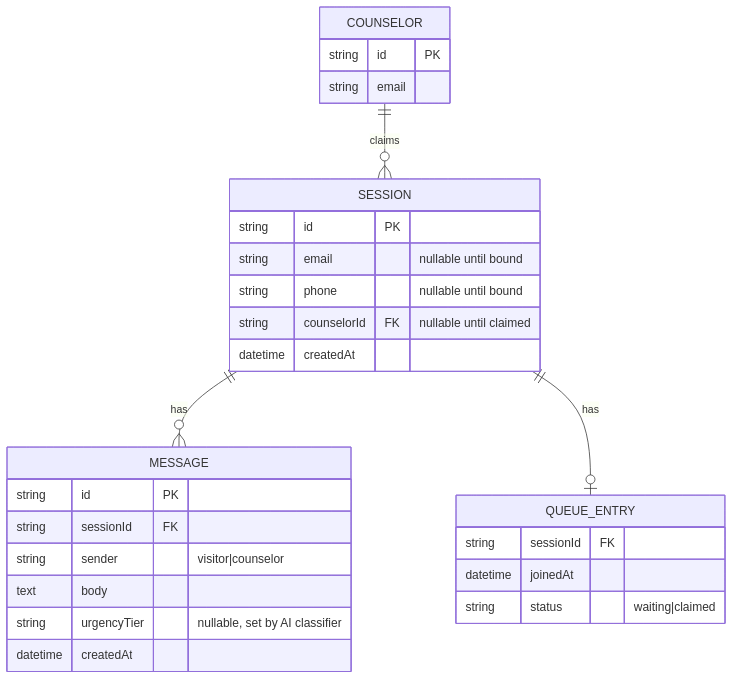
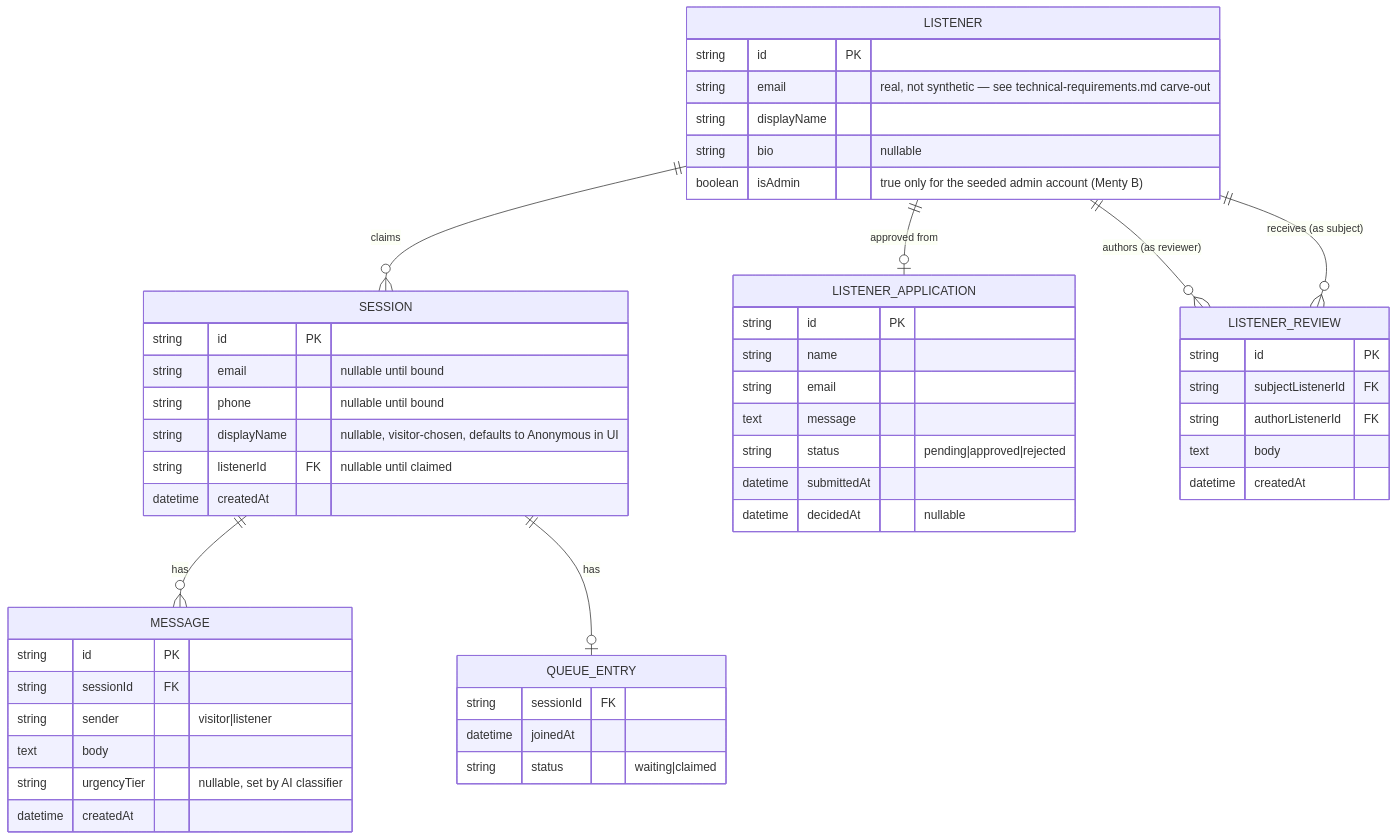
Before and after one commit to OliviaHelmuth/anchor-chat: the third of 4 diagrams in docs/architecture.md, drawn with Mermaid. The commit also changed other lines of this file and 10 other files, not shown here.

First line of the commit message:
Milestone 1 complete (T1.7) + counselor->Listener rebrand, Milestone 3.5 spec

````diff
--- a/docs/architecture.md
+++ b/docs/architecture.md
@@ -100,30 +101,53 @@
 ```mermaid
 erDiagram
     SESSION ||--o{ MESSAGE : has
     SESSION ||--o| QUEUE_ENTRY : has
-    COUNSELOR ||--o{ SESSION : claims
+    LISTENER ||--o{ SESSION : claims
+    LISTENER ||--o| LISTENER_APPLICATION : "approved from"
+    LISTENER ||--o{ LISTENER_REVIEW : "authors (as reviewer)"
+    LISTENER ||--o{ LISTENER_REVIEW : "receives (as subject)"
     SESSION {
         string id PK
         string email "nullable until bound"
         string phone "nullable until bound"
-        string counselorId FK "nullable until claimed"
+        string displayName "nullable, visitor-chosen, defaults to Anonymous in UI"
+        string listenerId FK "nullable until claimed"
         datetime createdAt
     }
     QUEUE_ENTRY {
         string sessionId FK
         datetime joinedAt
         string status "waiting|claimed"
     }
     MESSAGE {
         string id PK
         string sessionId FK
-        string sender "visitor|counselor"
+        string sender "visitor|listener"
         text body
         string urgencyTier "nullable, set by AI classifier"
         datetime createdAt
     }
-    COUNSELOR {
+    LISTENER {
         string id PK
+        string email "real, not synthetic — see technical-requirements.md carve-out"
+        string displayName
+        string bio "nullable"
+        boolean isAdmin "true only for the seeded admin account (Menty B)"
+    }
+    LISTENER_APPLICATION {
+        string id PK
+        string name
         string email
+        text message
+        string status "pending|approved|rejected"
+        datetime submittedAt
+        datetime decidedAt "nullable"
+    }
+    LISTENER_REVIEW {
+        string id PK
+        string subjectListenerId FK
+        string authorListenerId FK
+        text body
+        datetime createdAt
     }
 ```
````
